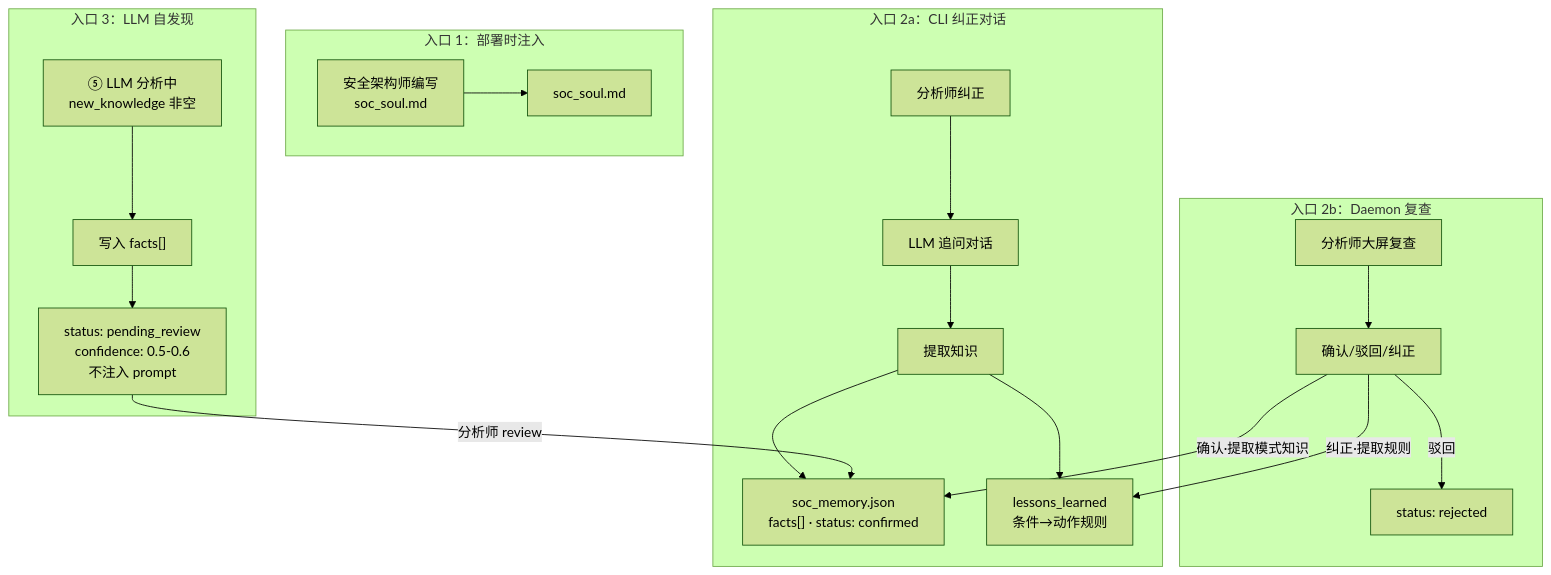
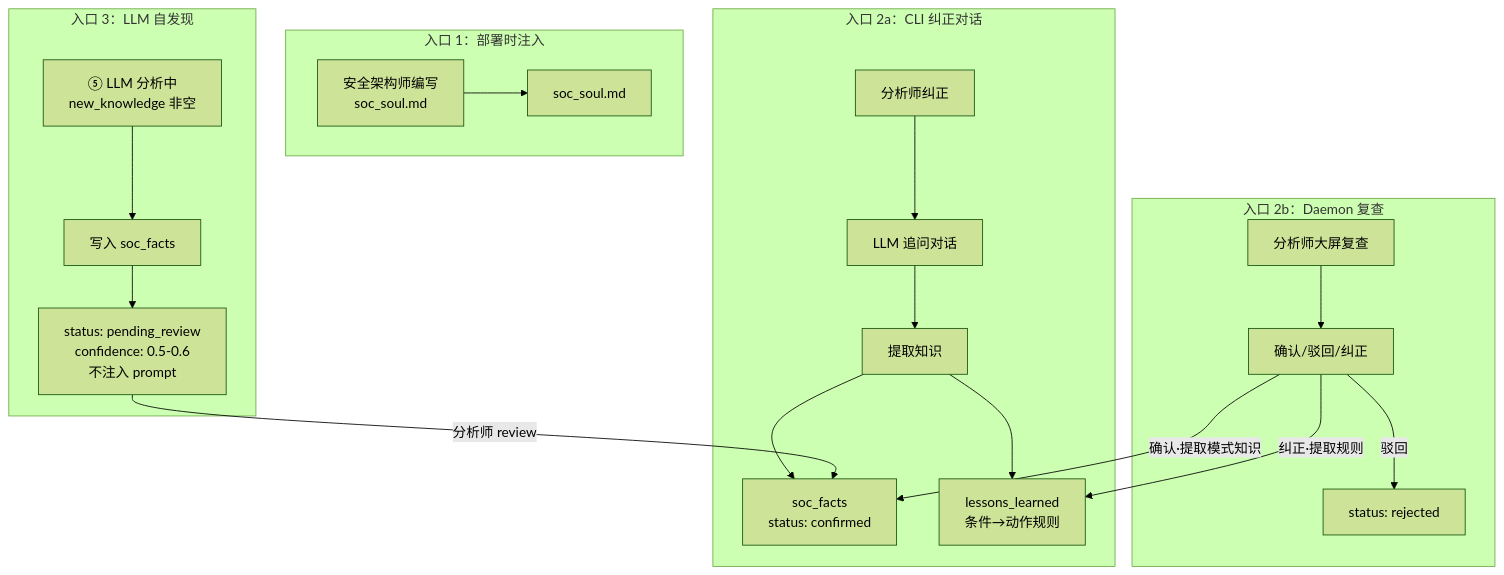
The third of 3 diagrams in .notes/ai_soc/soc-agent-solution.md (yydspanda/deer-flow), drawn with Mermaid (forest theme) before and after one commit. The commit also changed other lines of this file and 1 other file, not shown here.

````diff
--- a/.notes/ai_soc/soc-agent-solution.md
+++ b/.notes/ai_soc/soc-agent-solution.md
@@ -934,26 +1260,26 @@
 ```mermaid
 flowchart TD
     subgraph 入口1["入口 1：部署时注入"]
         D["安全架构师编写<br/>soc_soul.md"] --> SOUL["soc_soul.md"]
     end
 
     subgraph 入口2_CLI["入口 2a：CLI 纠正对话"]
         C1["分析师纠正"] --> C2["LLM 追问对话"]
         C2 --> C3["提取知识"]
-        C3 --> MEM["soc_memory.json<br/>facts[] · status: confirmed"]
+        C3 --> MEM["soc_facts<br/>status: confirmed"]
         C3 --> LESSON["lessons_learned<br/>条件→动作规则"]
     end
 
     subgraph 入口2_DAEMON["入口 2b：Daemon 复查"]
         R1["分析师大屏复查"] --> R2["确认/驳回/纠正"]
         R2 -->|"确认·提取模式知识"| MEM
         R2 -->|"纠正·提取规则"| LESSON
         R2 -->|"驳回"| REJECT["status: rejected"]
     end
 
     subgraph 入口3["入口 3：LLM 自发现"]
-        L1["⑤ LLM 分析中<br/>new_knowledge 非空"] --> L2["写入 facts[]"]
+        L1["⑤ LLM 分析中<br/>new_knowledge 非空"] --> L2["写入 soc_facts"]
         L2 --> PENDING["status: pending_review<br/>confidence: 0.5-0.6<br/>不注入 prompt"]
         PENDING -->|"分析师 review"| MEM
     end
 ```
````
